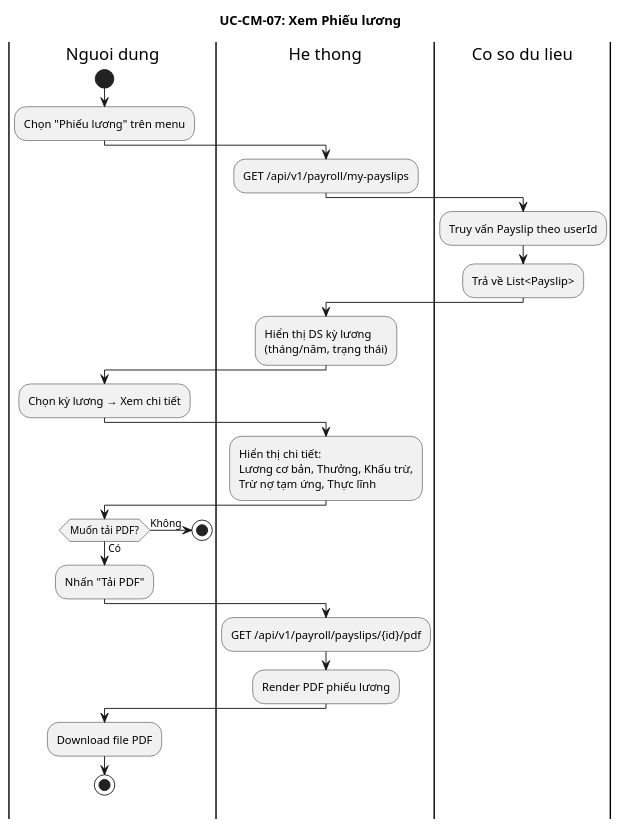
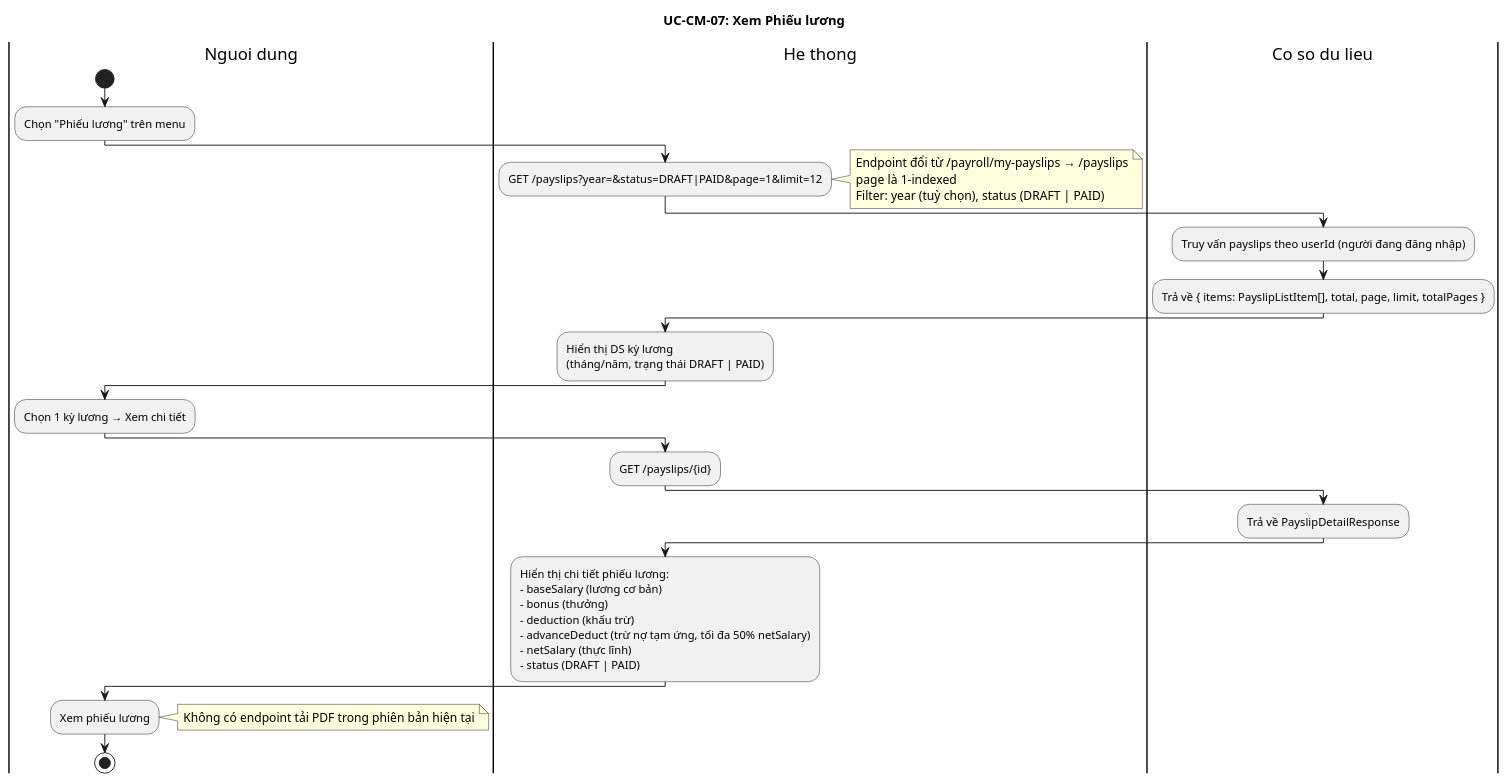
The diagram in docs/diagrams/activity/UC-CM-07_ViewPayslip.puml (Quoosc/INTERNAL_FINANCIAL_CASHFLOW_MANAGEMENT_SYSTEM_USING_INTERNAL_WALLET_MODEL_FRONTEND), drawn with PlantUML before and after one commit. The commit also changed 55 other files, not shown here.

```diff
--- a/docs/diagrams/activity/UC-CM-07_ViewPayslip.puml
+++ b/docs/diagrams/activity/UC-CM-07_ViewPayslip.puml
@@ -1,40 +1,50 @@
-@startuml UC-CM-07: Xem Phieu luong
+@startuml
 
 title UC-CM-07: Xem Phiếu lương
 
 |Nguoi dung|
 start
 :Chọn "Phiếu lương" trên menu;
 
 |He thong|
-:GET /api/v1/payroll/my-payslips;
+:GET /payslips?year=&status=DRAFT|PAID&page=1&limit=12;
+note right
+  Endpoint đổi từ /payroll/my-payslips → /payslips
+  page là 1-indexed
+  Filter: year (tuỳ chọn), status (DRAFT | PAID)
+end note
 
 |Co so du lieu|
-:Truy vấn Payslip theo userId;
-:Trả về List<Payslip>;
+:Truy vấn payslips theo userId (người đang đăng nhập);
+:Trả về { items: PayslipListItem[], total, page, limit, totalPages };
 
 |He thong|
-:Hiển thị DS kỳ lương\n(tháng/năm, trạng thái);
+:Hiển thị DS kỳ lương
+(tháng/năm, trạng thái DRAFT | PAID);
 
 |Nguoi dung|
-:Chọn kỳ lương → Xem chi tiết;
+:Chọn 1 kỳ lương → Xem chi tiết;
 
 |He thong|
-:Hiển thị chi tiết:\nLương cơ bản, Thưởng, Khấu trừ,\nTrừ nợ tạm ứng, Thực lĩnh;
+:GET /payslips/{id};
+
+|Co so du lieu|
+:Trả về PayslipDetailResponse;
+
+|He thong|
+:Hiển thị chi tiết phiếu lương:
+- baseSalary (lương cơ bản)
+- bonus (thưởng)
+- deduction (khấu trừ)
+- advanceDeduct (trừ nợ tạm ứng, tối đa 50% netSalary)
+- netSalary (thực lĩnh)
+- status (DRAFT | PAID);
 
 |Nguoi dung|
-if (Muốn tải PDF?) then (Có)
-  :Nhấn "Tải PDF";
-
-  |He thong|
-  :GET /api/v1/payroll/payslips/{id}/pdf;
-  :Render PDF phiếu lương;
-
-  |Nguoi dung|
-  :Download file PDF;
-  stop
-else (Không)
-  stop
-endif
+:Xem phiếu lương;
+note right
+  Không có endpoint tải PDF trong phiên bản hiện tại
+end note
+stop
 
 @enduml
```
